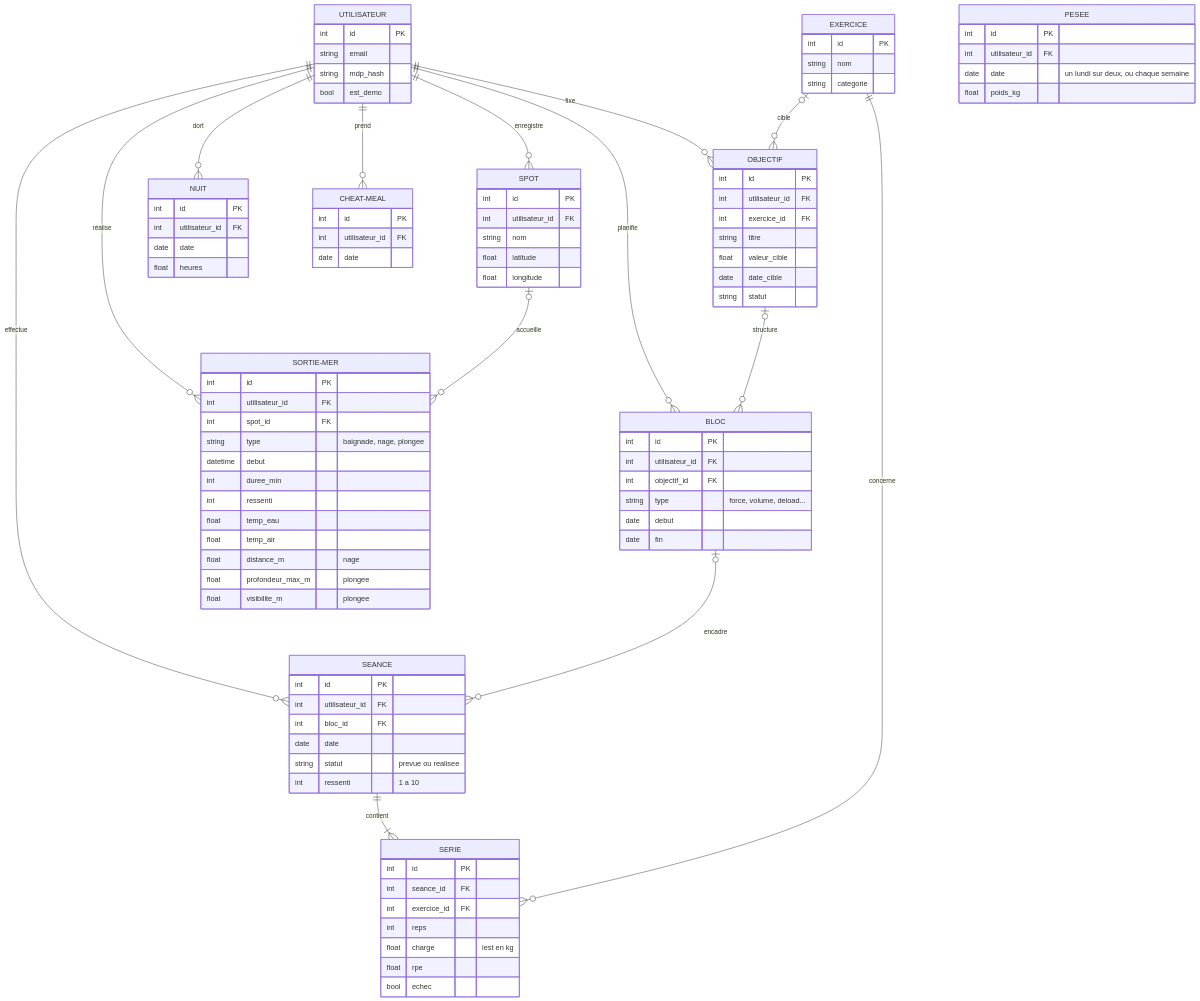
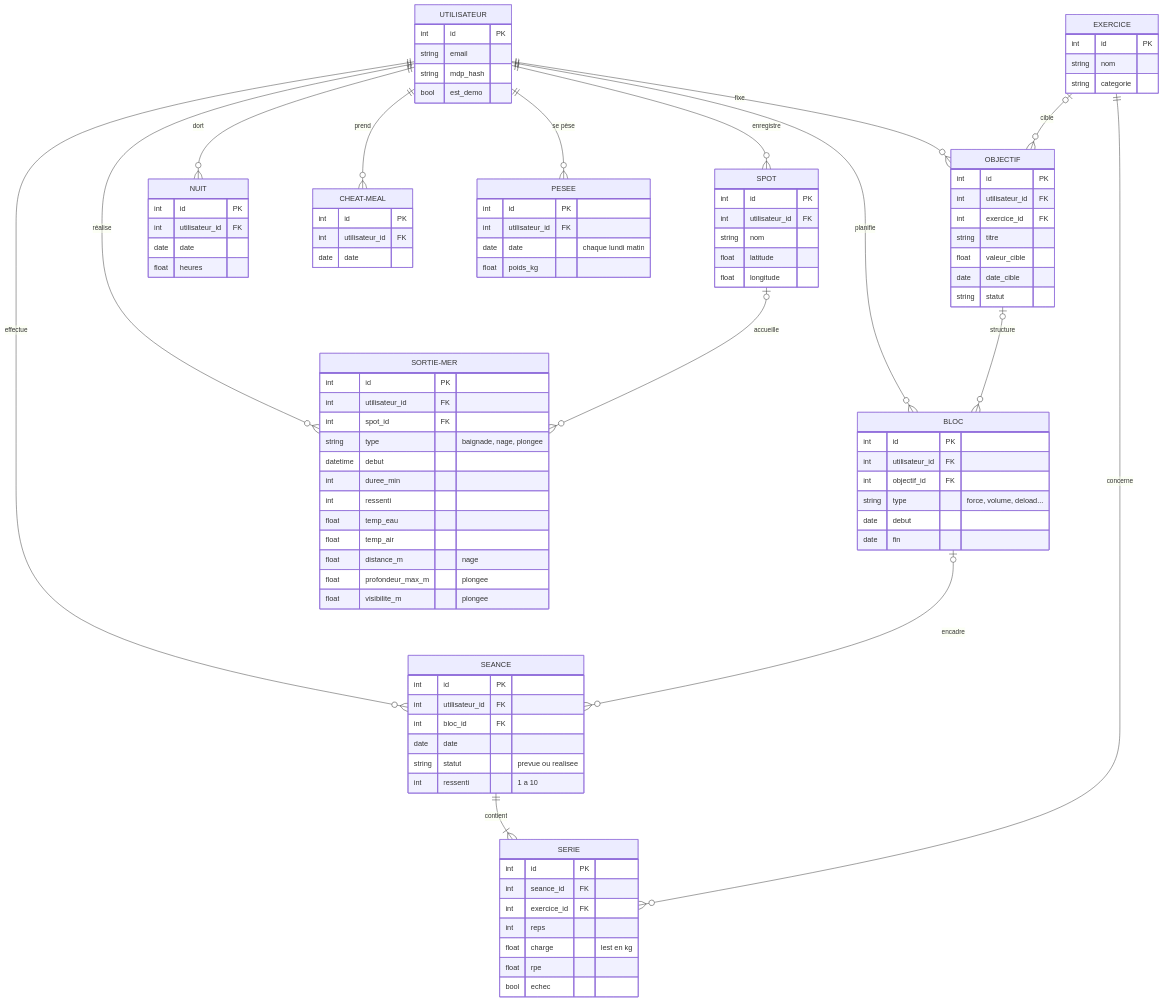
One commit to a-auvray/OH-HISSE changed the diagram in docs/cahier-des-charges/09 - Modèle de données.md. Above: the diagram before and after it, drawn with Mermaid. The commit also changed 11 other files, not shown here.

```diff
--- a/docs/cahier-des-charges/09 - Modèle de données.md
+++ b/docs/cahier-des-charges/09 - Modèle de données.md
@@ -24,6 +24,7 @@
     UTILISATEUR ||--o{ SPOT : "enregistre"
     UTILISATEUR ||--o{ NUIT : "dort"
     UTILISATEUR ||--o{ CHEAT-MEAL : "prend"
+    UTILISATEUR ||--o{ PESEE : "se pèse"
 
     OBJECTIF |o--o{ BLOC : "structure"
     BLOC |o--o{ SEANCE : "encadre"
@@ -54,7 +55,7 @@
     PESEE {
         int id PK
         int utilisateur_id FK
-        date date "un lundi sur deux, ou chaque semaine"
+        date date "chaque lundi matin"
         float poids_kg
     }
     SERIE {
```
